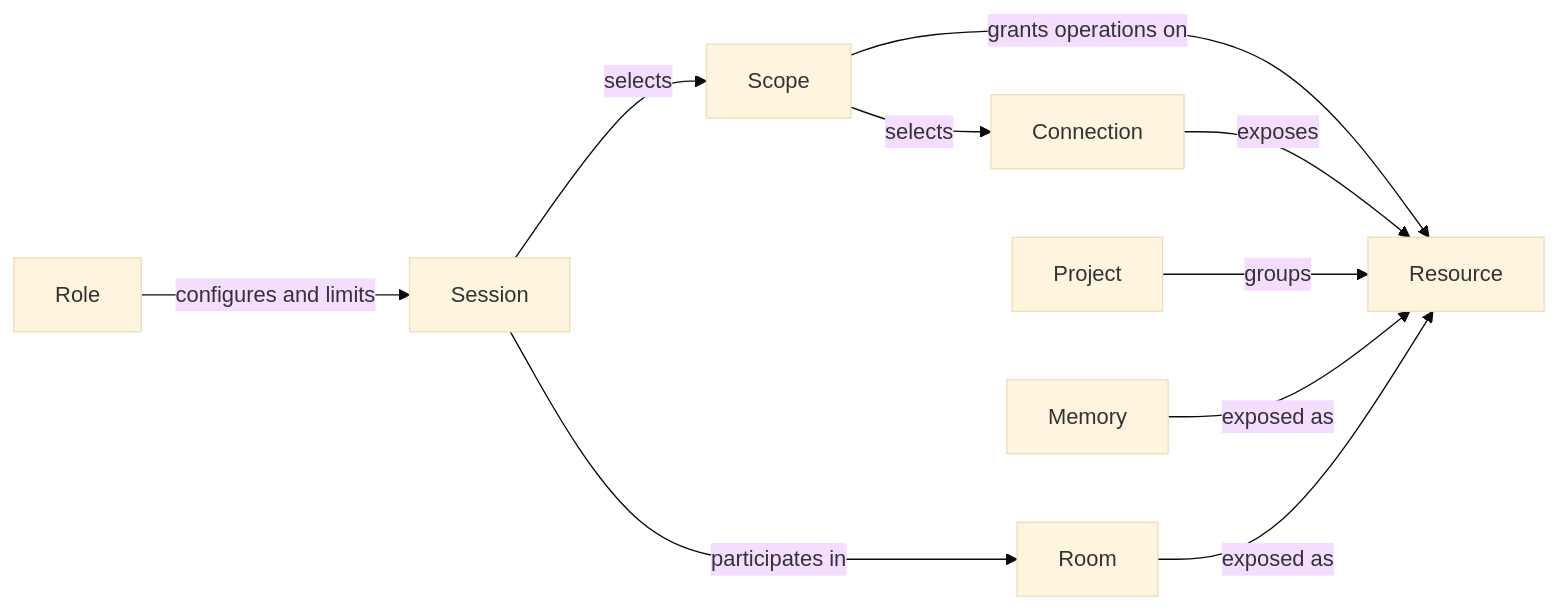
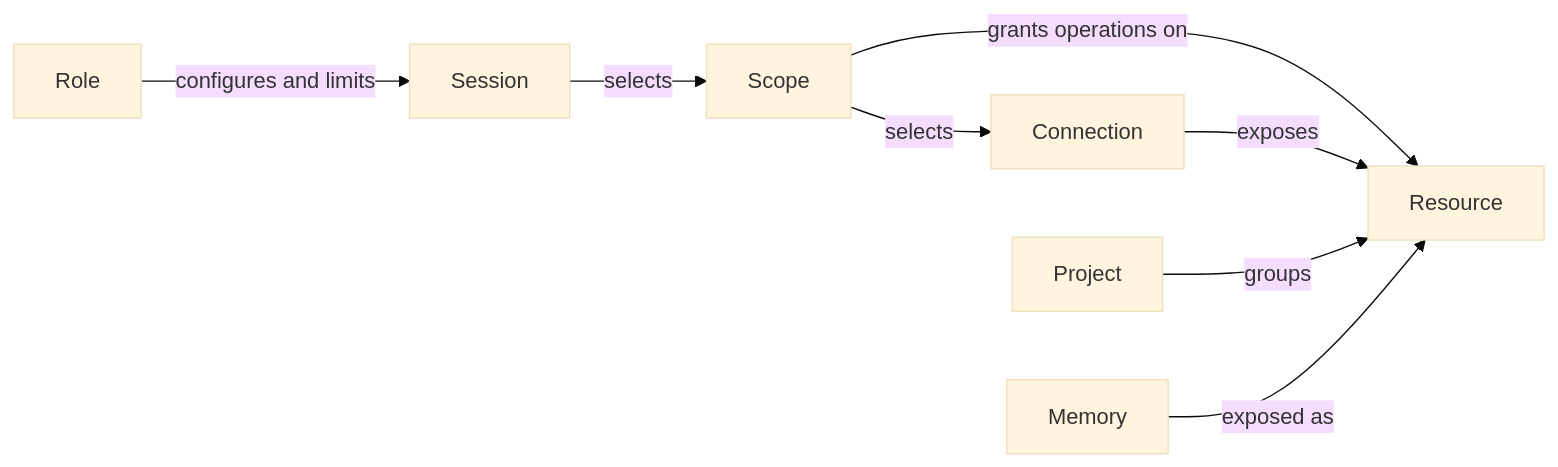
One commit to shrav-k/conduit changed the diagram in SPEC.md. Above: the diagram before and after it, drawn with Mermaid (base theme). The commit also changed other lines of this file and 3 other files, not shown here.

````diff
--- a/SPEC.md
+++ b/SPEC.md
@@ -45,12 +46,10 @@
 ```mermaid
 flowchart LR
     Role -->|configures and limits| Session
     Session -->|selects| Scope
     Scope -->|grants operations on| Resource
     Scope -->|selects| Connection
     Connection -->|exposes| Resource
     Project -->|groups| Resource
     Memory -->|exposed as| Resource
-    Session -->|participates in| Room
-    Room -->|exposed as| Resource
 ```
````
